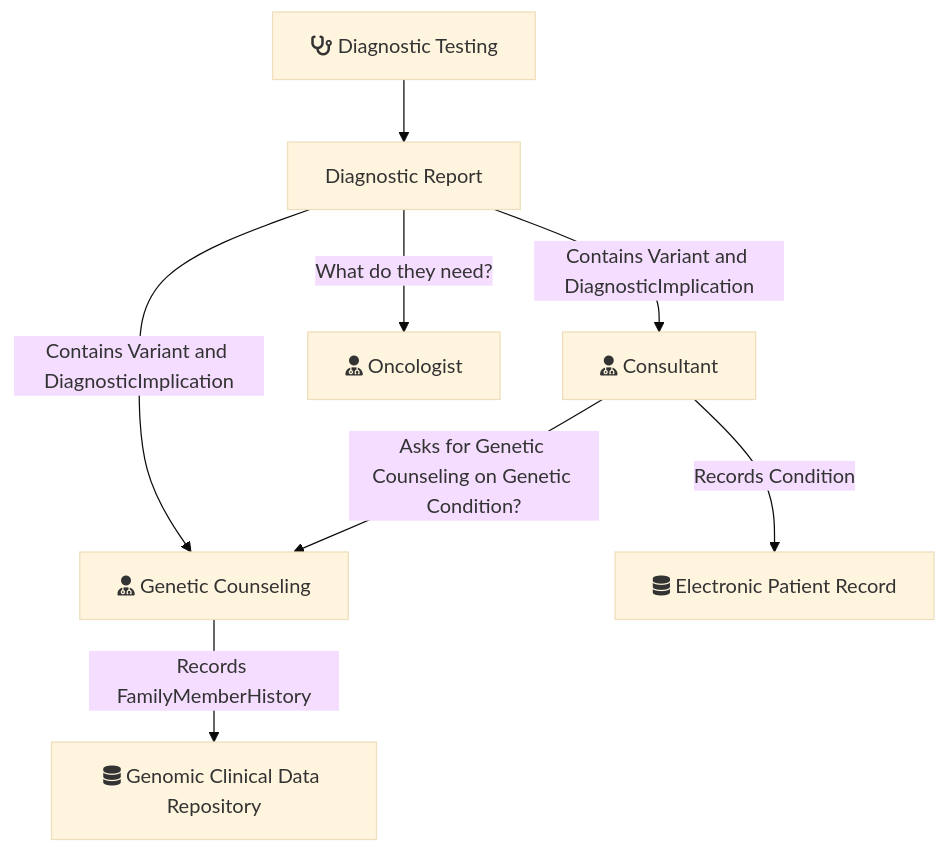
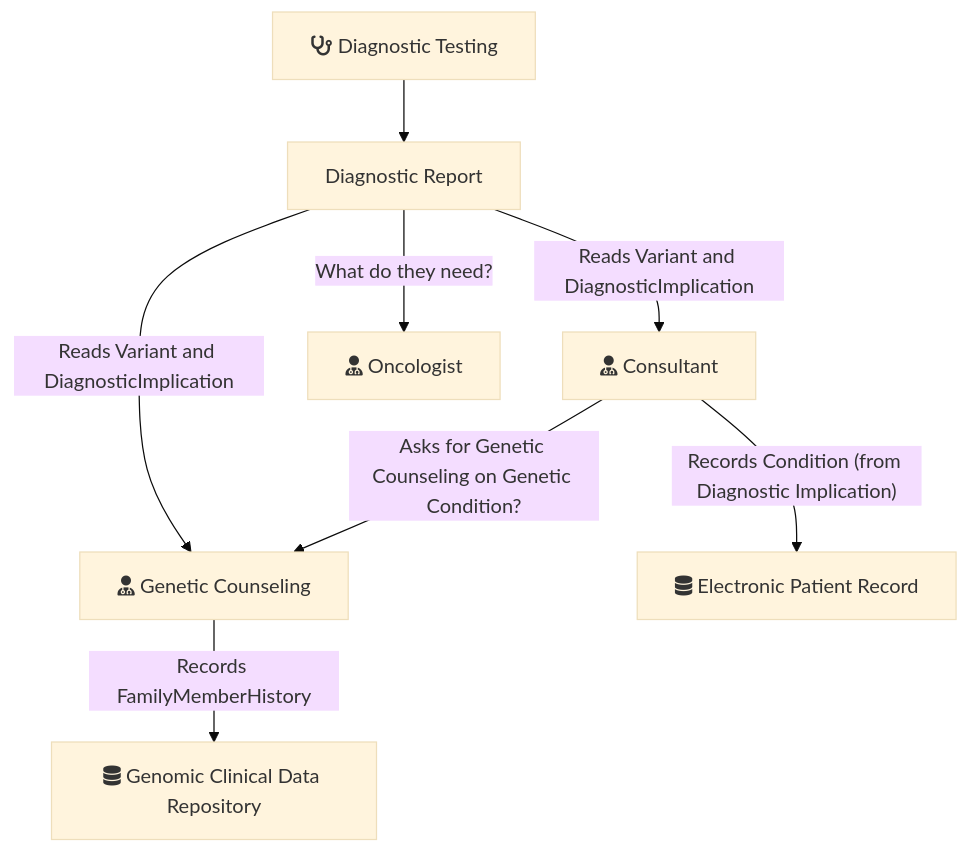
The diagram in input/intro-notes/ExampleScenario-ClinicalAndGenomicWorkflow-intro.md (uk-gov-mirror/nw-gmsa.nw-gmsa.github.com), drawn with Mermaid (base theme) before and after one commit.

Commit message:
fontawesome local

````diff
--- a/input/intro-notes/ExampleScenario-ClinicalAndGenomicWorkflow-intro.md
+++ b/input/intro-notes/ExampleScenario-ClinicalAndGenomicWorkflow-intro.md
@@ -4,12 +4,12 @@
 ```mermaid
 graph TD;
 
     DiagnosticTesting[fas:fa-stethoscope Diagnostic Testing]  --> DiagnosticReport[Diagnostic Report]
-    DiagnosticReport --> |Contains Variant and DiagnosticImplication| Consultant[fas:fa-user-md Consultant]
-    DiagnosticReport --> |Contains Variant and DiagnosticImplication| GeneticCounseling[fas:fa-user-md Genetic Counseling]
+    DiagnosticReport --> |Reads Variant and DiagnosticImplication| Consultant[fas:fa-user-md Consultant]
+    DiagnosticReport --> |Reads Variant and DiagnosticImplication| GeneticCounseling[fas:fa-user-md Genetic Counseling]
     DiagnosticReport --> |What do they need?| Oncologist[fas:fa-user-md Oncologist]
 
-    Consultant --> |Records Condition| EPR["<i class='fa fa-database'></i> Electronic Patient Record"]
+    Consultant --> |"Records Condition (from Diagnostic Implication)"| EPR["<i class='fa fa-database'></i> Electronic Patient Record"]
     GeneticCounseling --> |Records FamilyMemberHistory| GenomicCDR["<i class='fa fa-database'></i> Genomic Clinical Data Repository"]
     Consultant --> |Asks for Genetic Counseling on Genetic Condition?| GeneticCounseling
 ```
````
